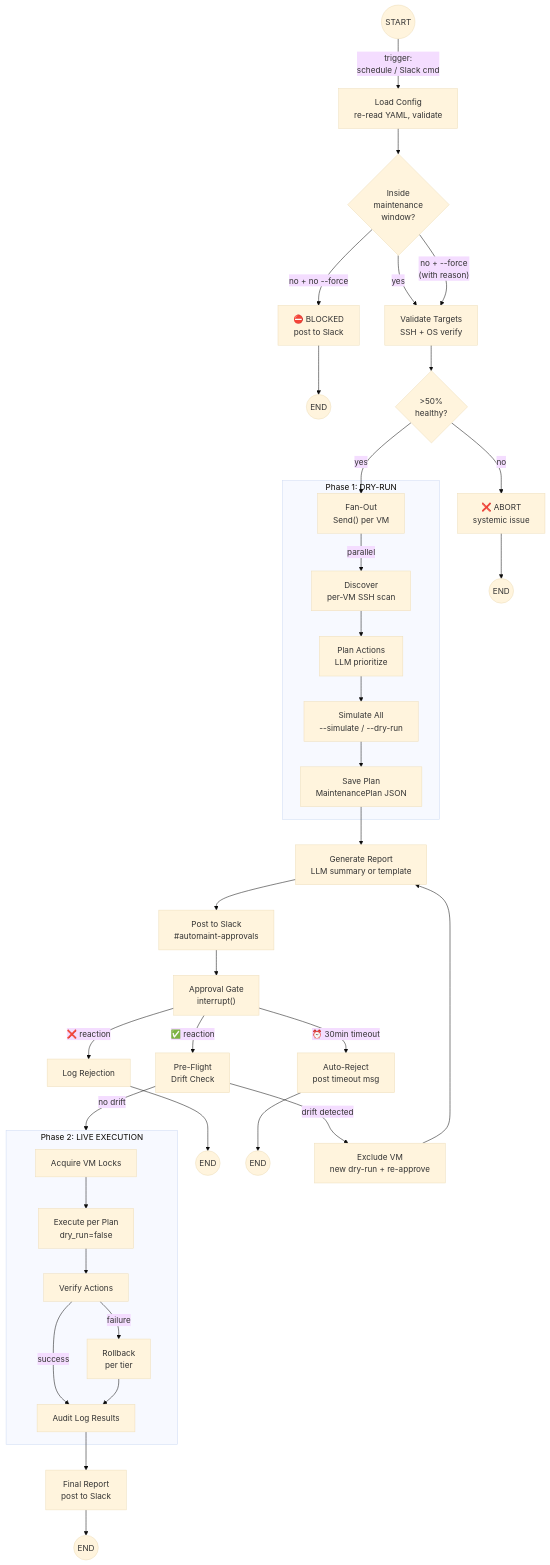
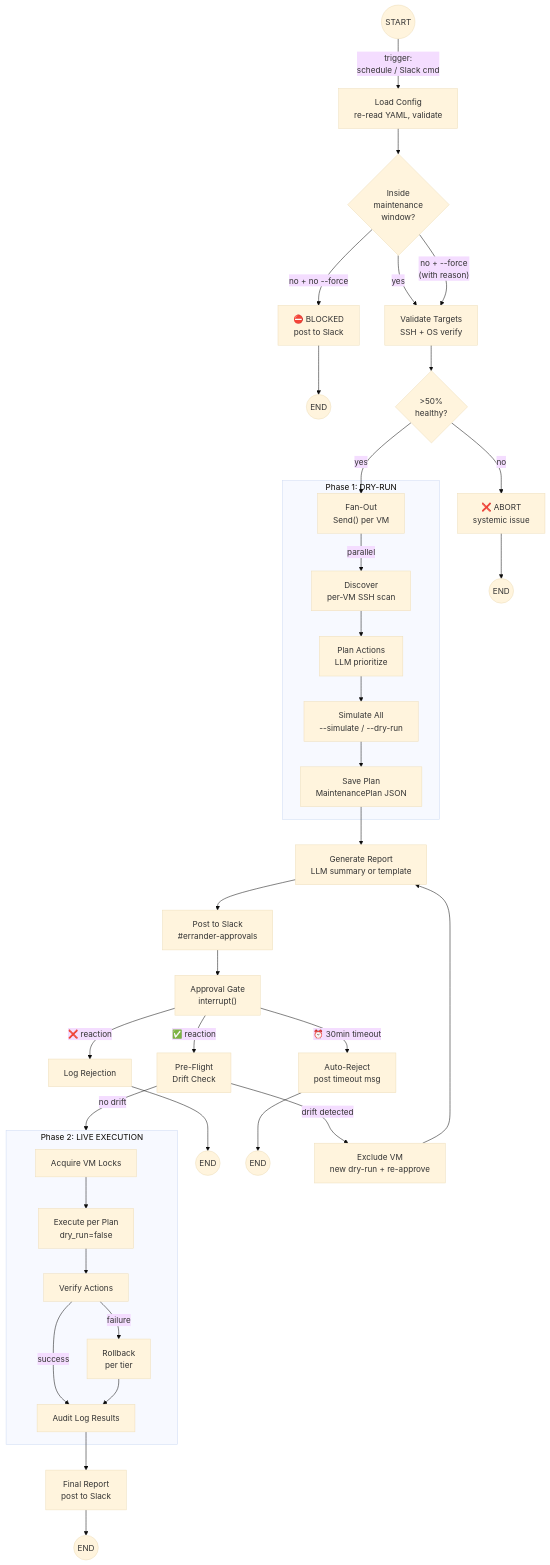
Before and after one commit to psc0des/Errander-AI: the sixth of 12 diagrams in docs/SPEC.md, drawn with Mermaid (base theme). The commit also changed other lines of this file and 184 other files, not shown here.

````diff
--- a/docs/SPEC.md
+++ b/docs/SPEC.md
@@ -699,48 +699,48 @@
 ```mermaid
 graph TD
     START(("START")) -->|"trigger:<br/>schedule / Slack cmd"| load["Load Config<br/>re-read YAML, validate"]
     load --> window{"Inside<br/>maintenance<br/>window?"}
     window -->|"yes"| validate["Validate Targets<br/>SSH + OS verify"]
     window -->|"no + no --force"| block["⛔ BLOCKED<br/>post to Slack"]
     window -->|"no + --force<br/>(with reason)"| validate
     block --> END_block(("END"))
 
     validate --> threshold{">50%<br/>healthy?"}
     threshold -->|"no"| abort["❌ ABORT<br/>systemic issue"]
     abort --> END_abort(("END"))
 
     threshold -->|"yes"| fan["Fan-Out<br/>Send() per VM"]
 
     subgraph phase1["Phase 1: DRY-RUN"]
         fan -->|"parallel"| discover["Discover<br/>per-VM SSH scan"]
         discover --> plan_llm["Plan Actions<br/>LLM prioritize"]
         plan_llm --> simulate["Simulate All<br/>--simulate / --dry-run"]
         simulate --> save["Save Plan<br/>MaintenancePlan JSON"]
     end
 
     save --> report["Generate Report<br/>LLM summary or template"]
-    report --> post["Post to Slack<br/>#automaint-approvals"]
+    report --> post["Post to Slack<br/>#errander-approvals"]
     post --> gate["Approval Gate<br/>interrupt()"]
 
     gate -->|"✅ reaction"| drift["Pre-Flight<br/>Drift Check"]
     gate -->|"❌ reaction"| reject_log["Log Rejection"]
     gate -->|"⏰ 30min timeout"| timeout_log["Auto-Reject<br/>post timeout msg"]
     reject_log --> END_reject(("END"))
     timeout_log --> END_timeout(("END"))
 
     drift -->|"no drift"| phase2
     drift -->|"drift detected"| re_dry["Exclude VM<br/>new dry-run + re-approve"]
     re_dry --> report
 
     subgraph phase2["Phase 2: LIVE EXECUTION"]
         lock["Acquire VM Locks"] --> exec["Execute per Plan<br/>dry_run=false"]
         exec --> verify_exec["Verify Actions"]
         verify_exec -->|"success"| audit_log["Audit Log Results"]
         verify_exec -->|"failure"| rollback_exec["Rollback<br/>per tier"]
         rollback_exec --> audit_log
     end
 
     audit_log --> final["Final Report<br/>post to Slack"]
     final --> END_final(("END"))
 
 ```
````
